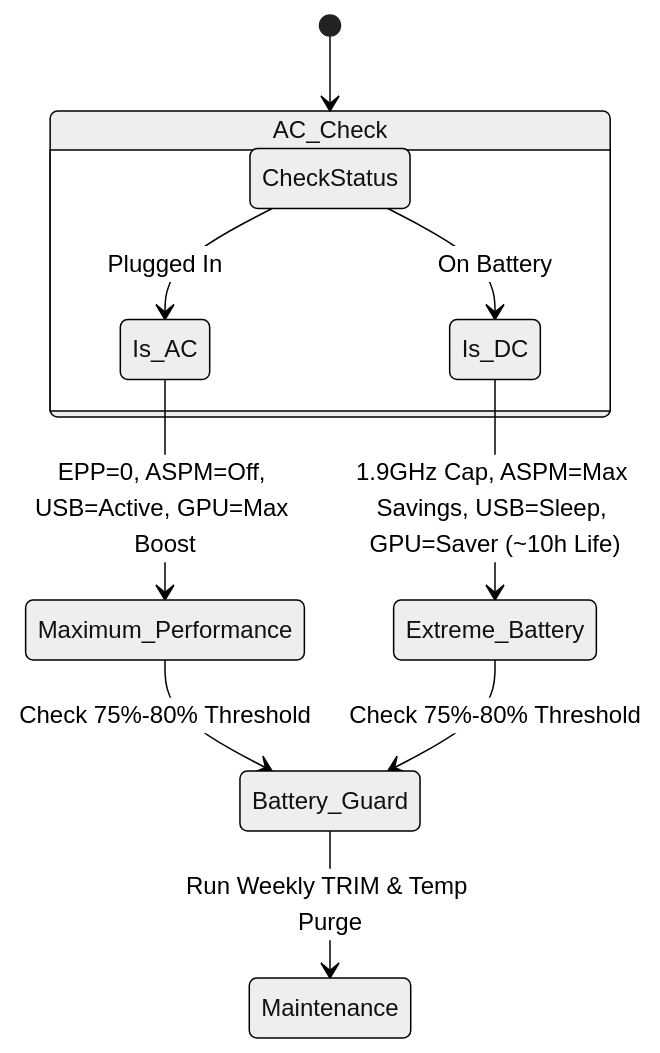
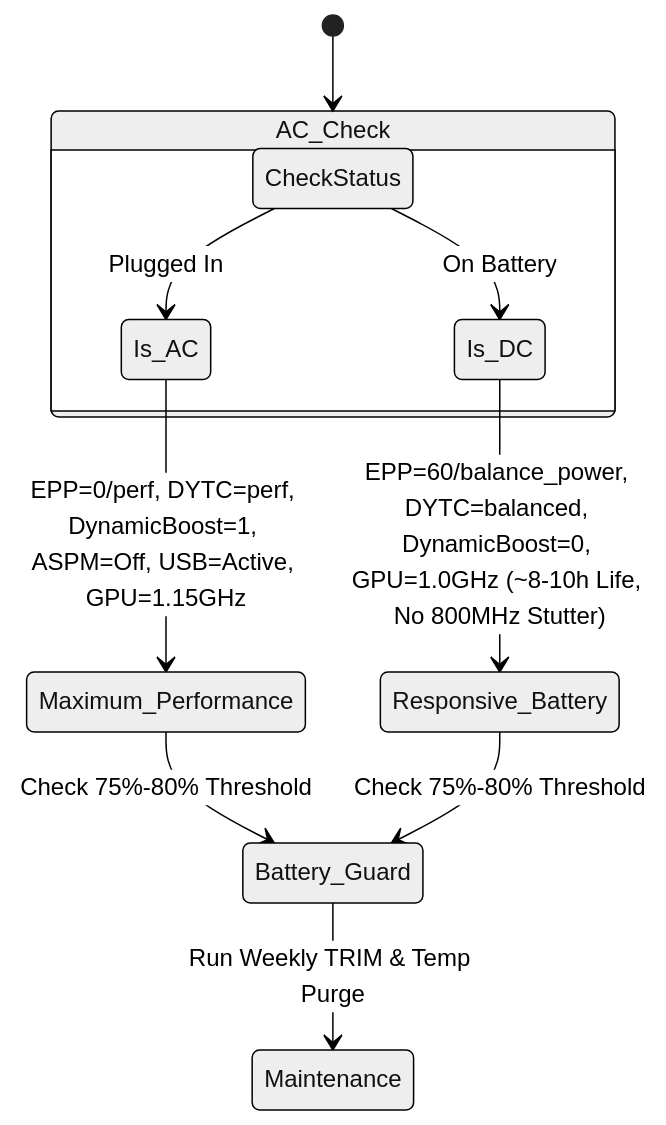
Before and after one commit to ShoumikBalaSomu/Device-Base-Optimization: the second of 2 diagrams in README.md, drawn with Mermaid (neutral theme). The commit also changed other lines of this file and 6 other files, not shown here.

First line of the commit message:
feat(thinkpad): deep hardware audit, 800MHz battery throttle fix, ThinkLMI BIOS tuning, and absent HW debloat

````diff
--- a/README.md
+++ b/README.md
@@ -154,14 +174,14 @@
 ```mermaid
 stateDiagram-v2
     [*] --> AC_Check
     state AC_Check {
         direction LR
         CheckStatus --> Is_AC: Plugged In
         CheckStatus --> Is_DC: On Battery
     }
-    Is_AC --> Maximum_Performance: EPP=0, ASPM=Off, USB=Active, GPU=Max Boost
-    Is_DC --> Extreme_Battery: 1.9GHz Cap, ASPM=Max Savings, USB=Sleep, GPU=Saver (~10h Life)
+    Is_AC --> Maximum_Performance: EPP=0/perf, DYTC=perf, DynamicBoost=1, ASPM=Off, USB=Active, GPU=1.15GHz
+    Is_DC --> Responsive_Battery: EPP=60/balance_power, DYTC=balanced, DynamicBoost=0, GPU=1.0GHz (~8-10h Life, No 800MHz Stutter)
     Maximum_Performance --> Battery_Guard: Check 75%-80% Threshold
-    Extreme_Battery --> Battery_Guard: Check 75%-80% Threshold
+    Responsive_Battery --> Battery_Guard: Check 75%-80% Threshold
     Battery_Guard --> Maintenance: Run Weekly TRIM & Temp Purge
 ```
````
